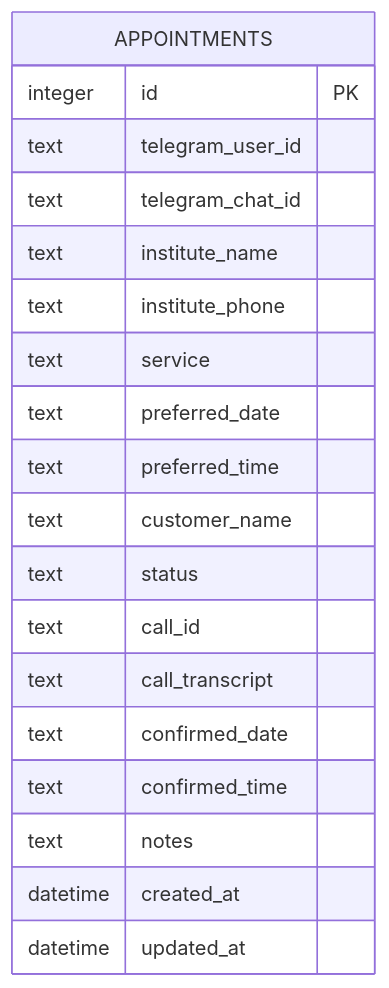
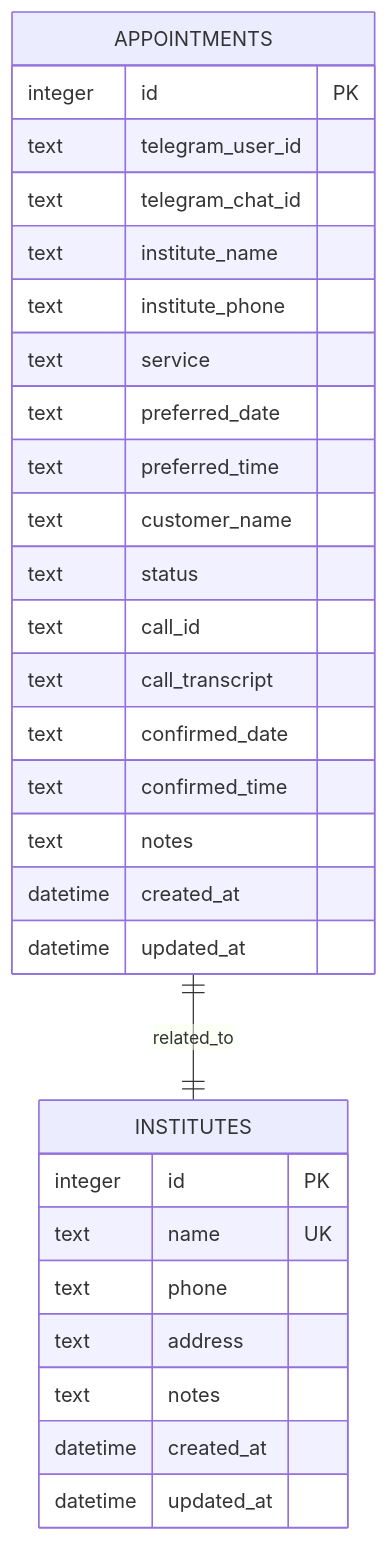
Before and after one commit to Armanda888/appointment-voice-agent: the fourth of 8 diagrams in .qoder/repowiki/en/content/Core Components/Voice Service Integration.md, drawn with Mermaid. The commit also changed other lines of this file and 10 other files, not shown here.

````diff
--- a/.qoder/repowiki/en/content/Core Components/Voice Service Integration.md
+++ b/.qoder/repowiki/en/content/Core Components/Voice Service Integration.md
@@ -184,22 +198,32 @@
 ```mermaid
 erDiagram
 APPOINTMENTS {
 integer id PK
 text telegram_user_id
 text telegram_chat_id
 text institute_name
 text institute_phone
 text service
 text preferred_date
 text preferred_time
 text customer_name
 text status
 text call_id
 text call_transcript
 text confirmed_date
 text confirmed_time
 text notes
 datetime created_at
 datetime updated_at
 }
+INSTITUTES {
+integer id PK
+text name UK
+text phone
+text address
+text notes
+datetime created_at
+datetime updated_at
+}
+APPOINTMENTS ||--|| INSTITUTES : "related_to"
 ```
````
